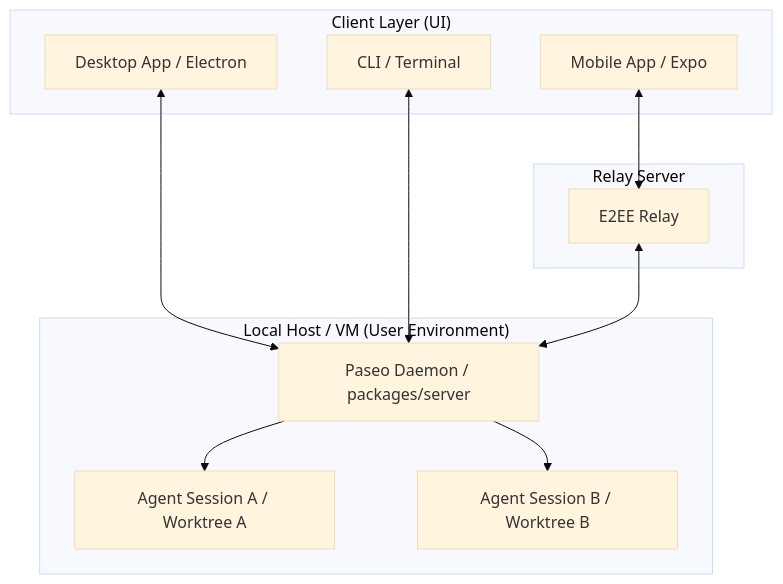
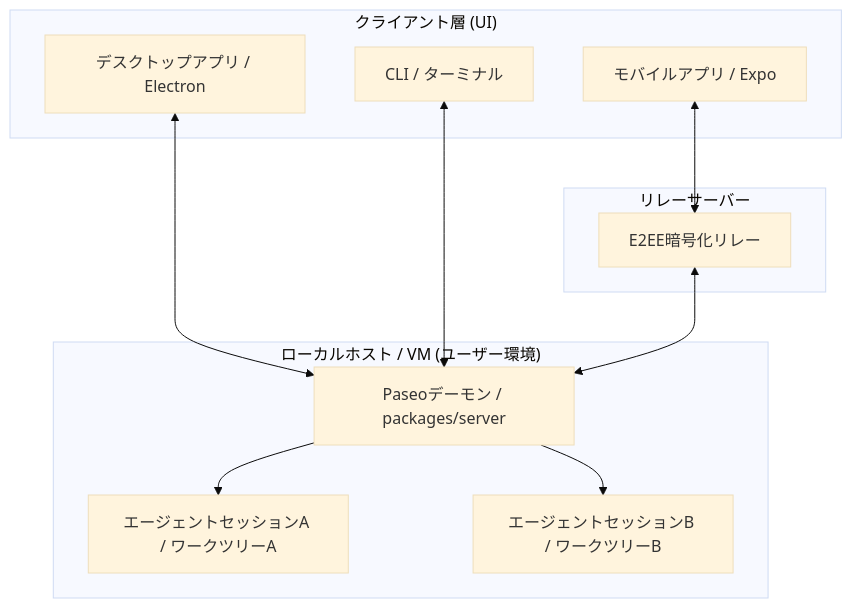
The diagram in _reports/paseo.md (aegisfleet/tool-survey-report), drawn with Mermaid (base theme) before and after one commit. The commit also changed 4 other files, not shown here.

````diff
--- a/_reports/paseo.md
+++ b/_reports/paseo.md
@@ -95,25 +95,25 @@
 ```mermaid
 graph TD
-    subgraph "Client Layer (UI)"
-        A[Mobile App / Expo]
-        B[Desktop App / Electron]
-        C[CLI / Terminal]
+    subgraph "クライアント層 (UI)"
+        A[モバイルアプリ / Expo]
+        B[デスクトップアプリ / Electron]
+        C[CLI / ターミナル]
     end
 
-    subgraph "Relay Server"
-        D[E2EE Relay]
+    subgraph "リレーサーバー"
+        D[E2EE暗号化リレー]
     end
 
-    subgraph "Local Host / VM (User Environment)"
-        E[Paseo Daemon / packages/server]
-        F[Agent Session A / Worktree A]
-        G[Agent Session B / Worktree B]
+    subgraph "ローカルホスト / VM (ユーザー環境)"
+        E[Paseoデーモン / packages/server]
+        F[エージェントセッションA / ワークツリーA]
+        G[エージェントセッションB / ワークツリーB]
     end
 
     A <--> D
     B <--> E
     C <--> E
     D <--> E
     E --> F
     E --> G
 ```
````
